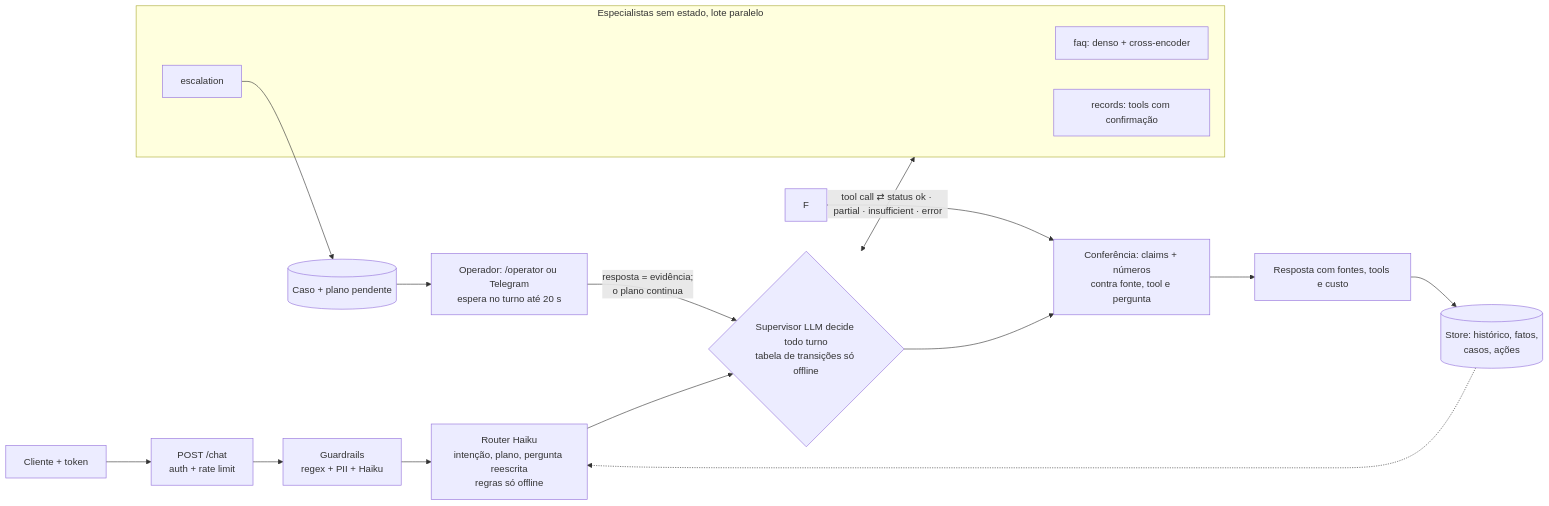
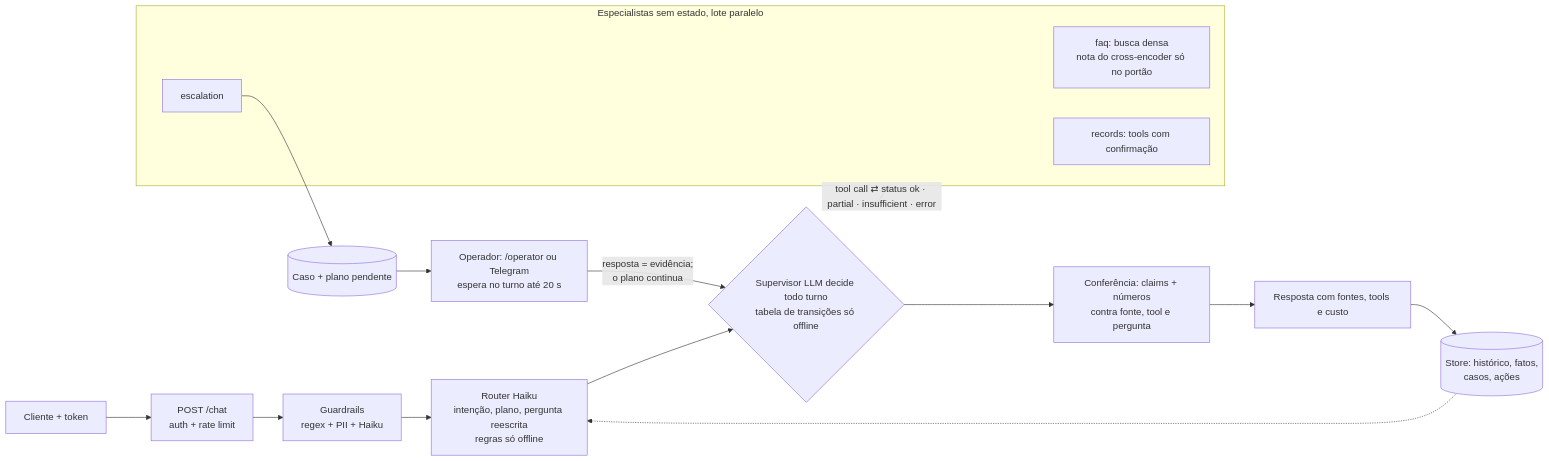
The diagram in README.md (maathmartins-ux/getnet-support-agents-v51-ensaio), drawn with Mermaid before and after one commit. The commit also changed other lines of this file and 6 other files, not shown here.

````diff
--- a/README.md
+++ b/README.md
@@ -117,18 +117,17 @@
 ```mermaid
 flowchart LR
   U["Cliente + token"] --> API["POST /chat<br/>auth + rate limit"] --> G["Guardrails<br/>regex + PII + Haiku"]
   G --> R["Router Haiku<br/>intenção, plano, pergunta reescrita<br/>regras só offline"]
   M[("Store: histórico, fatos,<br/>casos, ações")] -.-> R
   R --> S{"Supervisor LLM decide todo turno<br/>tabela de transições só offline"}
   S <-->|"tool call ⇄ status ok · partial · insufficient · error"| W
   subgraph W["Especialistas sem estado, lote paralelo"]
-    A1["faq: denso + cross-encoder"]
+    A1["faq: busca densa<br/>nota do cross-encoder só no portão"]
     A2["records: tools com confirmação"]
     A3["escalation"]
   end
   S --> V["Conferência: claims + números<br/>contra fonte, tool e pergunta"]
-  F --> V
   V --> OUT["Resposta com fontes, tools e custo"] --> M
   A3 --> Q[("Caso + plano pendente")] --> OP["Operador: /operator ou Telegram<br/>espera no turno até 20 s"]
   OP -->|"resposta = evidência;<br/>o plano continua"| S
 ```
````
